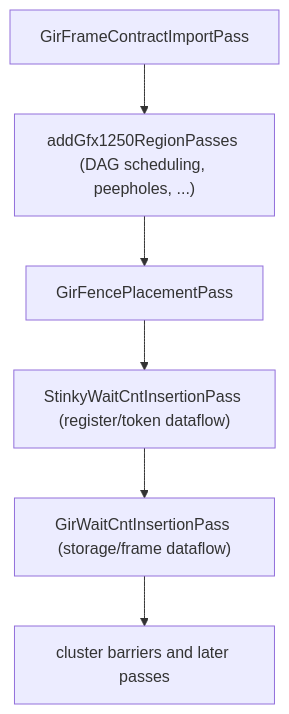
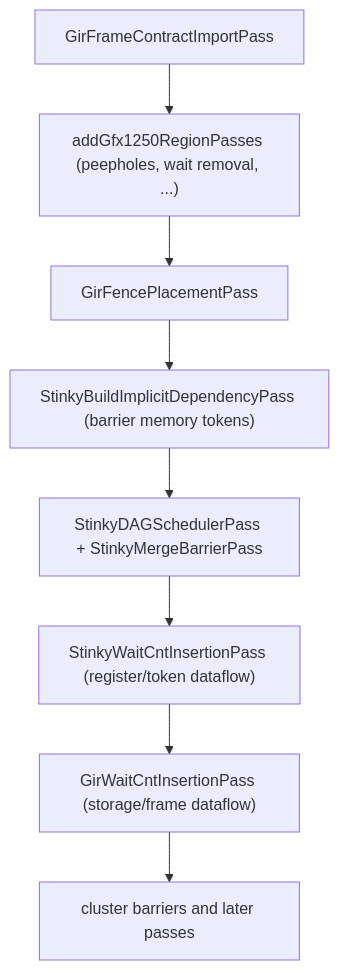
Before and after one commit to hcman2/rocm-libraries: the diagram in shared/stinkytofu/docs/developer/gir-frame-passes.md, drawn with Mermaid. The commit also changed other lines of this file and 11 other files, not shown here.

Commit message:
use single frame path for token assignment and fix barrier token

````diff
--- a/shared/stinkytofu/docs/developer/gir-frame-passes.md
+++ b/shared/stinkytofu/docs/developer/gir-frame-passes.md
@@ -32,8 +34,10 @@
 ```mermaid
 flowchart TD
-  imp["GirFrameContractImportPass"] --> region["addGfx1250RegionPasses (DAG scheduling, peepholes, ...)"]
+  imp["GirFrameContractImportPass"] --> region["addGfx1250RegionPasses (peepholes, wait removal, ...)"]
   region --> fence["GirFencePlacementPass"]
-  fence --> swait["StinkyWaitCntInsertionPass (register/token dataflow)"]
+  fence --> dep["StinkyBuildImplicitDependencyPass (barrier memory tokens)"]
+  dep --> sched["StinkyDAGSchedulerPass + StinkyMergeBarrierPass"]
+  sched --> swait["StinkyWaitCntInsertionPass (register/token dataflow)"]
   swait --> gwait["GirWaitCntInsertionPass (storage/frame dataflow)"]
   gwait --> later["cluster barriers and later passes"]
 ```
````
